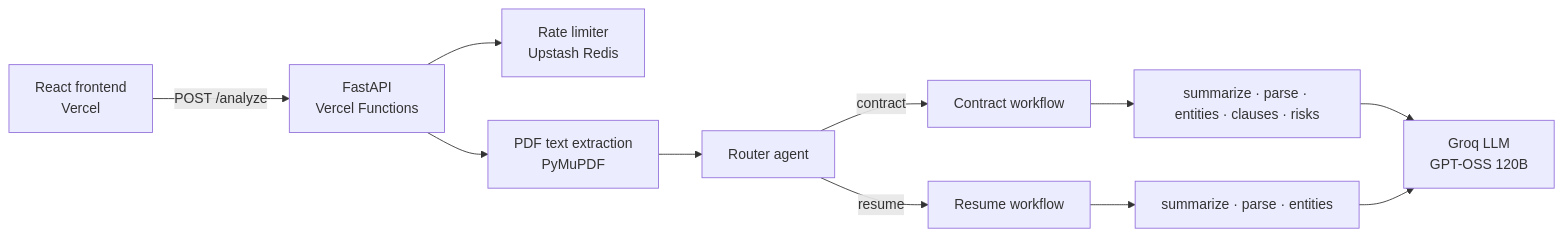
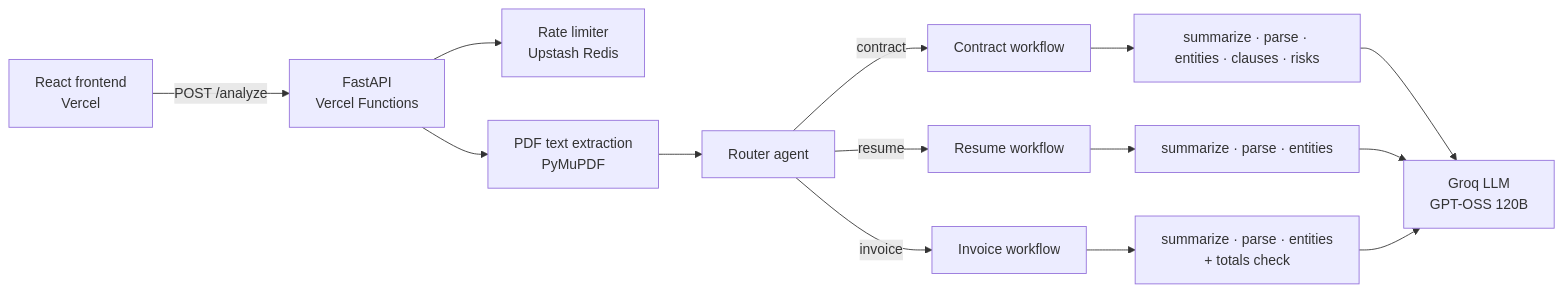
Before and after one commit to slayplayagrima/ParseMind: the diagram in README.md, drawn with Mermaid. The commit also changed other lines of this file, not shown here.

Commit message:
docs: document invoice analysis

````diff
--- a/README.md
+++ b/README.md
@@ -20,13 +21,16 @@
 ```mermaid
 flowchart LR
     U[React frontend<br/>Vercel] -->|POST /analyze| A[FastAPI<br/>Vercel Functions]
     A --> RL[Rate limiter<br/>Upstash Redis]
     A --> P[PDF text extraction<br/>PyMuPDF]
     P --> R[Router agent]
     R -->|contract| CW[Contract workflow]
     R -->|resume| RW[Resume workflow]
+    R -->|invoice| IW[Invoice workflow]
     CW --> S1[summarize · parse · entities · clauses · risks]
     RW --> S2[summarize · parse · entities]
     S1 --> G[Groq LLM<br/>GPT-OSS 120B]
+    IW --> S3[summarize · parse · entities<br/>+ totals check]
     S2 --> G
+    S3 --> G
 ```
````
